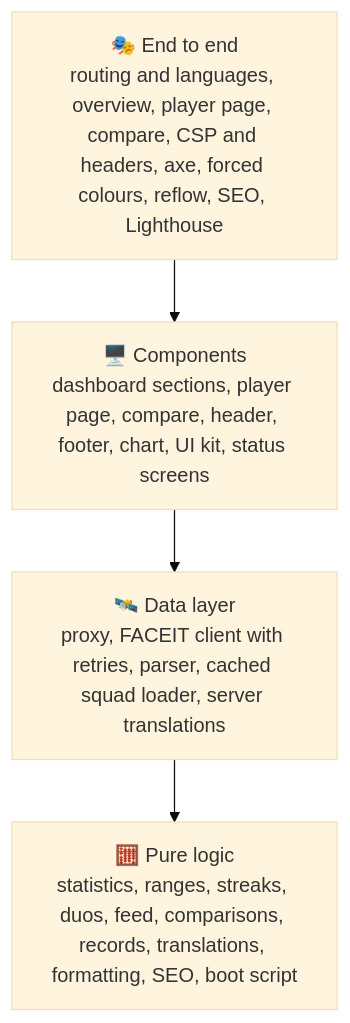
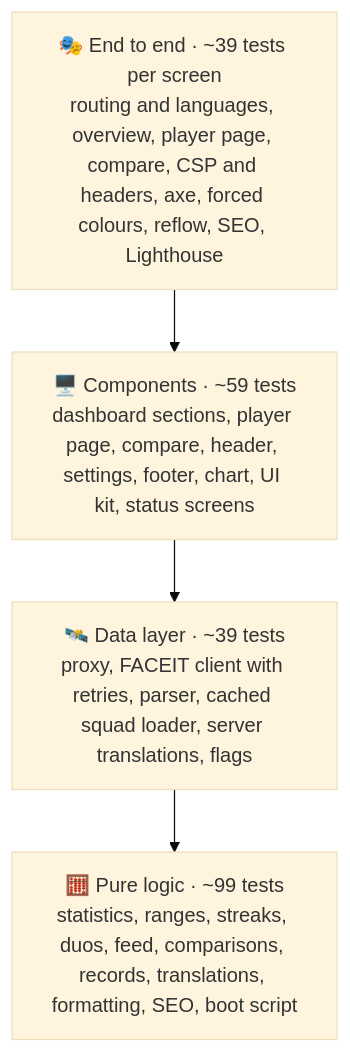
Before and after one commit to sacrificed666/next-faceit-stats: the first of 2 diagrams in docs/testing.md, drawn with Mermaid (base theme). The commit also changed other lines of this file and 266 other files, not shown here.

````diff
--- a/docs/testing.md
+++ b/docs/testing.md
@@ -32,8 +32,8 @@
 ```mermaid
 flowchart TB
-  E2E["🎭 End to end<br/>routing and languages, overview, player page, compare, CSP and headers, axe, forced colours, reflow, SEO, Lighthouse"]
-  UI["🖥️ Components<br/>dashboard sections, player page, compare, header, footer, chart, UI kit, status screens"]
-  Data["🛰️ Data layer<br/>proxy, FACEIT client with retries, parser, cached squad loader, server translations"]
-  Lib["🧮 Pure logic<br/>statistics, ranges, streaks, duos, feed, comparisons, records, translations, formatting, SEO, boot script"]
+  E2E["🎭 End to end · ~39 tests per screen<br/>routing and languages, overview, player page, compare, CSP and headers, axe, forced colours, reflow, SEO, Lighthouse"]
+  UI["🖥️ Components · ~59 tests<br/>dashboard sections, player page, compare, header, settings, footer, chart, UI kit, status screens"]
+  Data["🛰️ Data layer · ~39 tests<br/>proxy, FACEIT client with retries, parser, cached squad loader, server translations, flags"]
+  Lib["🧮 Pure logic · ~99 tests<br/>statistics, ranges, streaks, duos, feed, comparisons, records, translations, formatting, SEO, boot script"]
   E2E --> UI --> Data --> Lib
 ```
````
